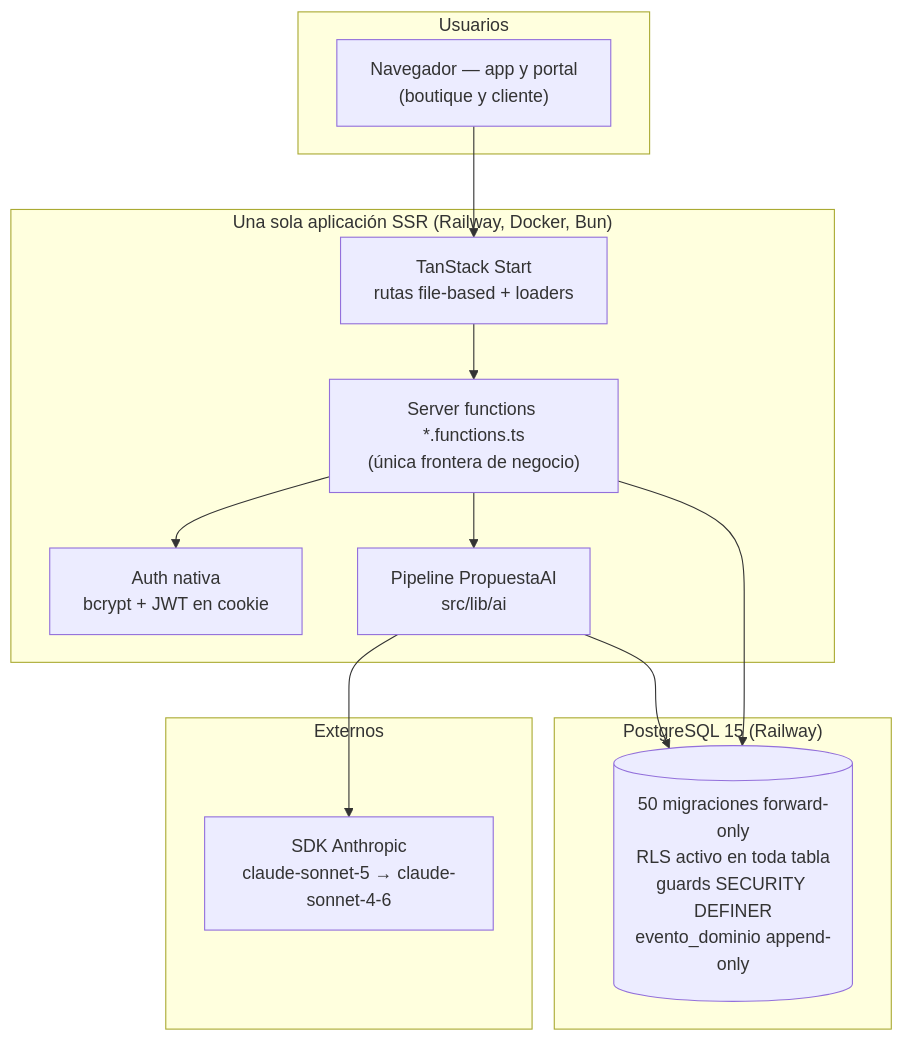
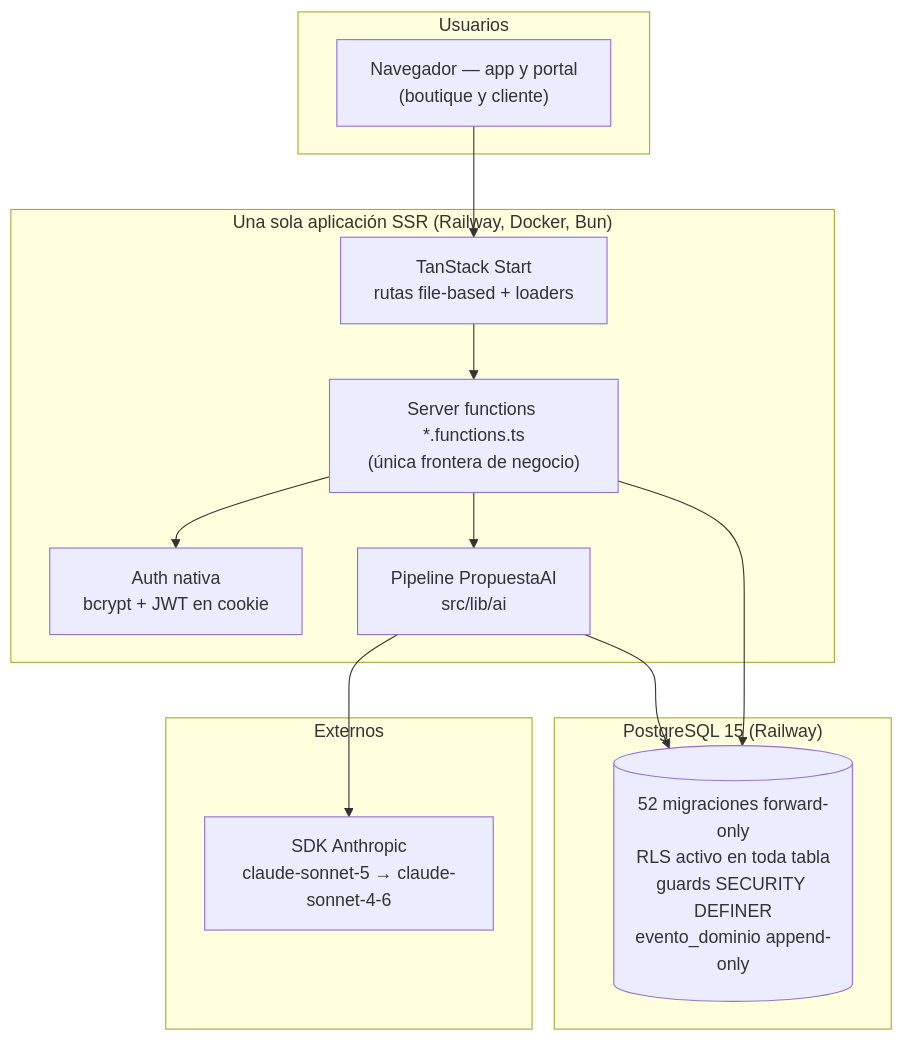
Before and after one commit to jtrujillo-ws/designio-app: the second of 3 diagrams in docs/DESIGNIO-COMPLETE.md, drawn with Mermaid. The commit also changed other lines of this file, not shown here.

````diff
--- a/docs/DESIGNIO-COMPLETE.md
+++ b/docs/DESIGNIO-COMPLETE.md
@@ -201,22 +202,22 @@
 ```mermaid
 flowchart TD
   subgraph Usuarios
     B["Navegador — app y portal<br/>(boutique y cliente)"]
   end
   subgraph App["Una sola aplicación SSR (Railway, Docker, Bun)"]
     R["TanStack Start<br/>rutas file-based + loaders"]
     SF["Server functions *.functions.ts<br/>(única frontera de negocio)"]
     AUTH["Auth nativa<br/>bcrypt + JWT en cookie"]
     AI["Pipeline PropuestaAI<br/>src/lib/ai"]
   end
   subgraph Datos["PostgreSQL 15 (Railway)"]
-    PG[("50 migraciones forward-only<br/>RLS activo en toda tabla<br/>guards SECURITY DEFINER<br/>evento_dominio append-only")]
+    PG[("52 migraciones forward-only<br/>RLS activo en toda tabla<br/>guards SECURITY DEFINER<br/>evento_dominio append-only")]
   end
   subgraph Ext["Externos"]
     LLM["SDK Anthropic<br/>claude-sonnet-5 → claude-sonnet-4-6"]
   end
   B --> R --> SF --> PG
   SF --> AUTH
   SF --> AI --> LLM
   AI --> PG
 ```
````
